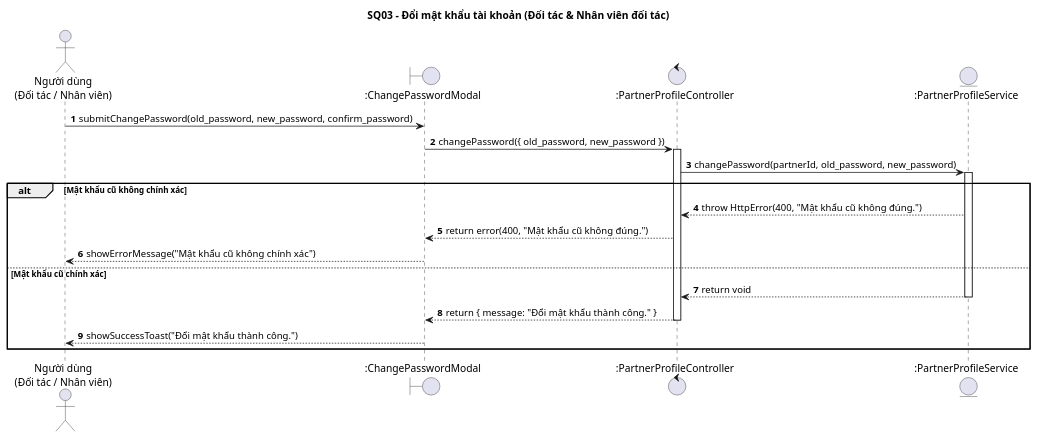
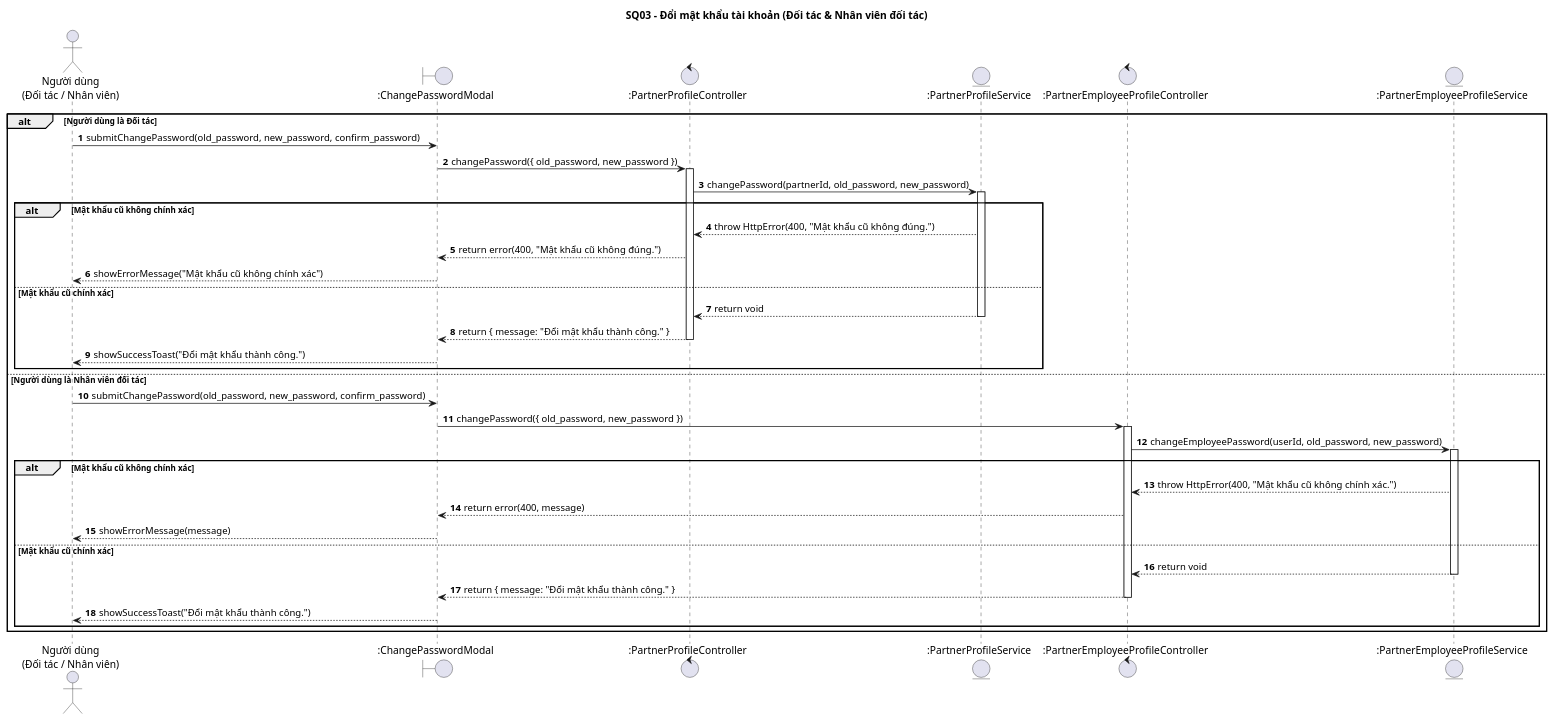
The diagram in doc/sequence/doi_tac/SQ03_doi_mat_khau.wsd (Ngo-The-Dat/e-voucher-system), drawn with PlantUML before and after one commit. The commit also changed 4 other files, not shown here.

Commit message:
refactor: update sequence diagrams for partner registration, login, password change, employee management, and voucher redemption

```diff
--- a/doc/sequence/doi_tac/SQ03_doi_mat_khau.wsd
+++ b/doc/sequence/doi_tac/SQ03_doi_mat_khau.wsd
@@ -1,31 +1,56 @@
 @startuml
 title SQ03 - Đổi mật khẩu tài khoản (Đối tác & Nhân viên đối tác)
 
 autonumber
 skinparam BoxPadding 10
 skinparam ParticipantPadding 10
 
 actor "Người dùng\n(Đối tác / Nhân viên)" as User
 boundary ":ChangePasswordModal" as UI
-control ":PartnerProfileController" as Ctrl
-entity ":PartnerProfileService" as Svc
 
-User -> UI: submitChangePassword(old_password, new_password, confirm_password)
-UI -> Ctrl: changePassword({ old_password, new_password })
-activate Ctrl
-Ctrl -> Svc: changePassword(partnerId, old_password, new_password)
-activate Svc
+alt Người dùng là Đối tác
+    control ":PartnerProfileController" as Ctrl
+    entity ":PartnerProfileService" as Svc
 
-alt Mật khẩu cũ không chính xác
-    Svc --> Ctrl: throw HttpError(400, "Mật khẩu cũ không đúng.")
-    Ctrl --> UI: return error(400, "Mật khẩu cũ không đúng.")
-    UI --> User: showErrorMessage("Mật khẩu cũ không chính xác")
-else Mật khẩu cũ chính xác
-    Svc --> Ctrl: return void
-    deactivate Svc
-    Ctrl --> UI: return { message: "Đổi mật khẩu thành công." }
-    deactivate Ctrl
-    UI --> User: showSuccessToast("Đổi mật khẩu thành công.")
+    User -> UI: submitChangePassword(old_password, new_password, confirm_password)
+    UI -> Ctrl: changePassword({ old_password, new_password })
+    activate Ctrl
+    Ctrl -> Svc: changePassword(partnerId, old_password, new_password)
+    activate Svc
+
+    alt Mật khẩu cũ không chính xác
+        Svc --> Ctrl: throw HttpError(400, "Mật khẩu cũ không đúng.")
+        Ctrl --> UI: return error(400, "Mật khẩu cũ không đúng.")
+        UI --> User: showErrorMessage("Mật khẩu cũ không chính xác")
+    else Mật khẩu cũ chính xác
+        Svc --> Ctrl: return void
+        deactivate Svc
+        Ctrl --> UI: return { message: "Đổi mật khẩu thành công." }
+        deactivate Ctrl
+        UI --> User: showSuccessToast("Đổi mật khẩu thành công.")
+    end
+
+else Người dùng là Nhân viên đối tác
+    control ":PartnerEmployeeProfileController" as EmpCtrl
+    entity ":PartnerEmployeeProfileService" as EmpSvc
+
+    User -> UI: submitChangePassword(old_password, new_password, confirm_password)
+    UI -> EmpCtrl: changePassword({ old_password, new_password })
+    activate EmpCtrl
+    EmpCtrl -> EmpSvc: changeEmployeePassword(userId, old_password, new_password)
+    activate EmpSvc
+
+    alt Mật khẩu cũ không chính xác
+        EmpSvc --> EmpCtrl: throw HttpError(400, "Mật khẩu cũ không chính xác.")
+        EmpCtrl --> UI: return error(400, message)
+        UI --> User: showErrorMessage(message)
+    else Mật khẩu cũ chính xác
+        EmpSvc --> EmpCtrl: return void
+        deactivate EmpSvc
+        EmpCtrl --> UI: return { message: "Đổi mật khẩu thành công." }
+        deactivate EmpCtrl
+        UI --> User: showSuccessToast("Đổi mật khẩu thành công.")
+    end
 end
 
 @enduml
```
